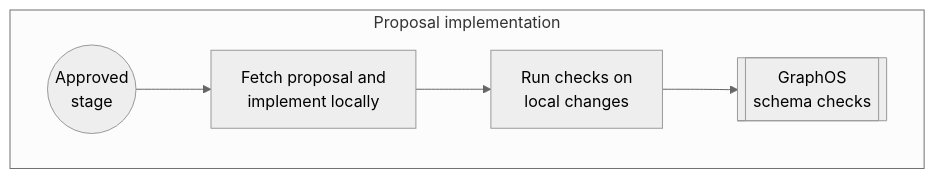
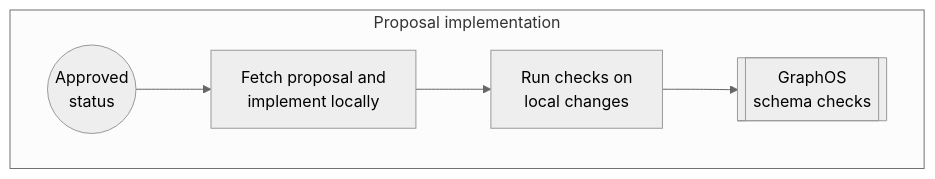
One commit to apollographql/docs changed the third of 5 diagrams in src/content/graphos/delivery/schema-proposals.mdx. Above: the diagram before and after it, drawn with Mermaid (neutral theme). The commit also changed other lines of this file and 4 other files, not shown here.

````diff
--- a/src/content/graphos/delivery/schema-proposals.mdx
+++ b/src/content/graphos/delivery/schema-proposals.mdx
@@ -85,14 +89,14 @@
 ```mermaid
 graph LR
     subgraph Approved ["Proposal implementation"]
     direction LR
-    ApprovedStage((Approved <br/> stage))
+    ApprovedStatus((Approved <br/> status))
     Fetch["Fetch proposal and <br> implement locally"]
     Push["Run checks on <br> local changes"]
     Check[["GraphOS <br/> schema checks"]]
-    ApprovedStage --> Fetch --> Push --> Check
+    ApprovedStatus --> Fetch --> Push --> Check
     end
-    class ApprovedStage secondary;
-    class ApprovedStage CircleSize50;
+    class ApprovedStatus secondary;
+    class ApprovedStatus CircleSize50;
     class Check tertiary;
 ```
````
